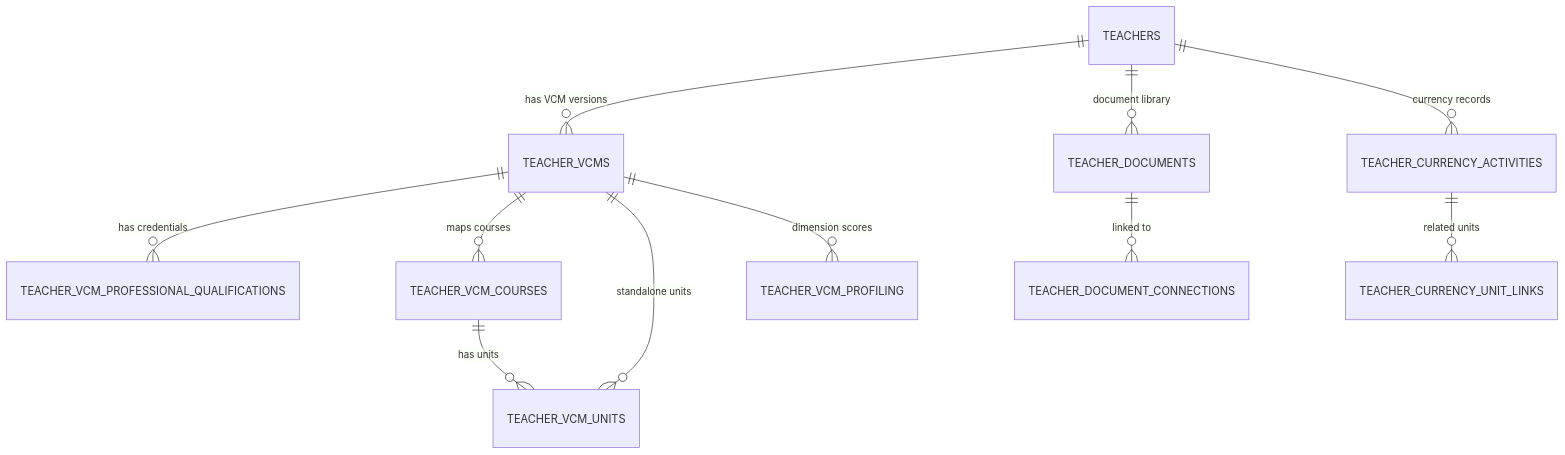
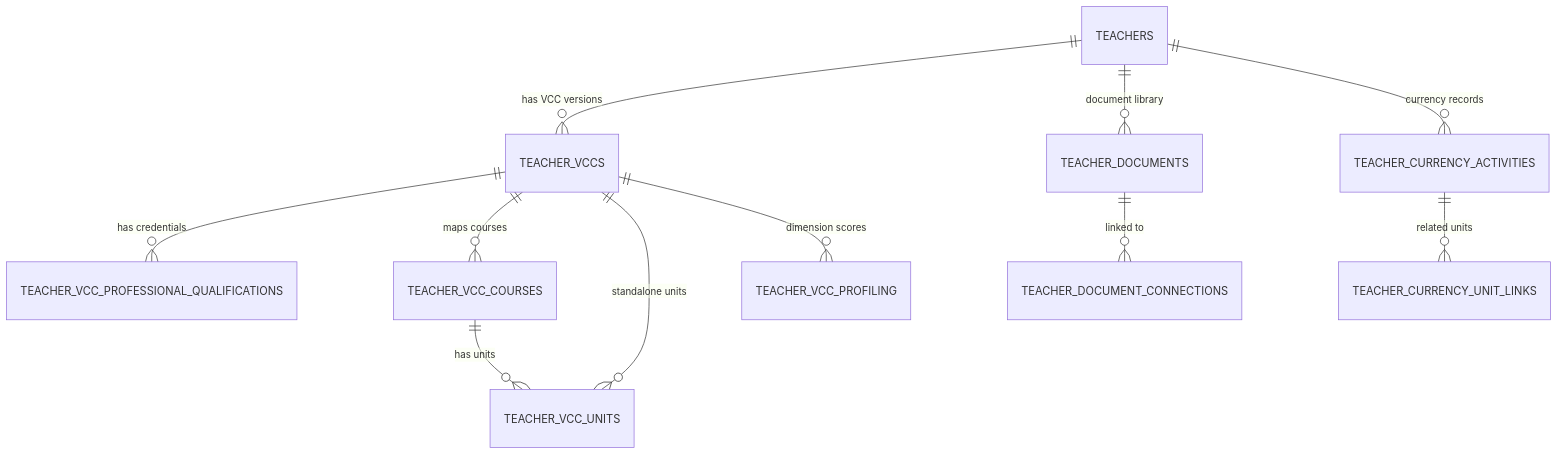
Diagram 13 of 14 in docs/DATABASE.md (harleycalvert/nvims), drawn with Mermaid before and after one commit. The commit also changed other lines of this file, not shown here.

Commit message:
changed VCM to VCC (Vocational Competency & Currency)

````diff
--- a/docs/DATABASE.md
+++ b/docs/DATABASE.md
@@ -516,13 +516,13 @@
 ```mermaid
 erDiagram
-    TEACHERS ||--o{ TEACHER_VCMS : "has VCM versions"
-    TEACHER_VCMS ||--o{ TEACHER_VCM_PROFESSIONAL_QUALIFICATIONS : "has credentials"
-    TEACHER_VCMS ||--o{ TEACHER_VCM_COURSES : "maps courses"
-    TEACHER_VCM_COURSES ||--o{ TEACHER_VCM_UNITS : "has units"
-    TEACHER_VCMS ||--o{ TEACHER_VCM_UNITS : "standalone units"
+    TEACHERS ||--o{ TEACHER_VCCS : "has VCC versions"
+    TEACHER_VCCS ||--o{ TEACHER_VCC_PROFESSIONAL_QUALIFICATIONS : "has credentials"
+    TEACHER_VCCS ||--o{ TEACHER_VCC_COURSES : "maps courses"
+    TEACHER_VCC_COURSES ||--o{ TEACHER_VCC_UNITS : "has units"
+    TEACHER_VCCS ||--o{ TEACHER_VCC_UNITS : "standalone units"
     TEACHERS ||--o{ TEACHER_DOCUMENTS : "document library"
     TEACHER_DOCUMENTS ||--o{ TEACHER_DOCUMENT_CONNECTIONS : "linked to"
     TEACHERS ||--o{ TEACHER_CURRENCY_ACTIVITIES : "currency records"
     TEACHER_CURRENCY_ACTIVITIES ||--o{ TEACHER_CURRENCY_UNIT_LINKS : "related units"
-    TEACHER_VCMS ||--o{ TEACHER_VCM_PROFILING : "dimension scores"
+    TEACHER_VCCS ||--o{ TEACHER_VCC_PROFILING : "dimension scores"
 ```
````
